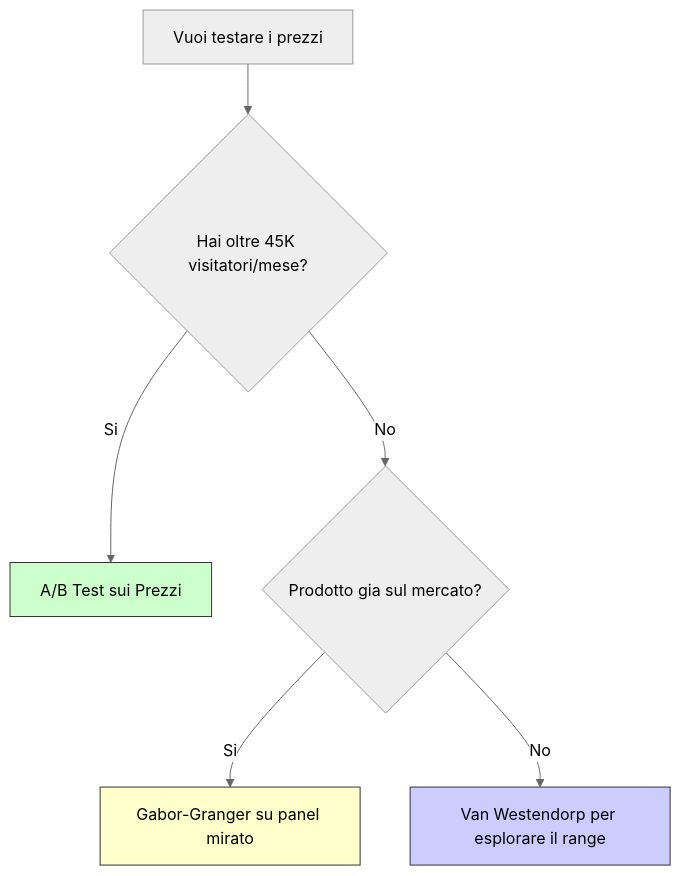
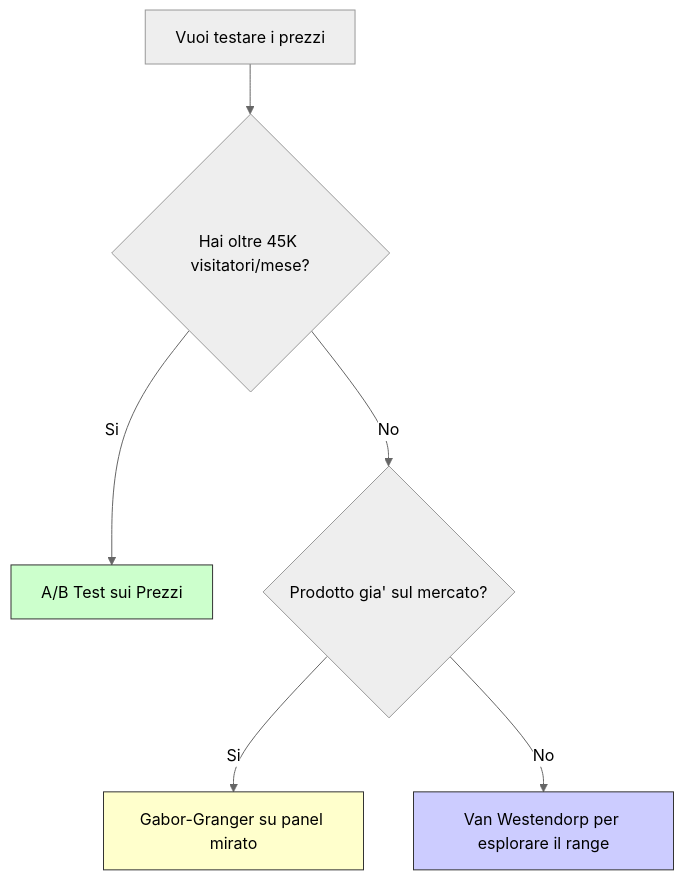
Before and after one commit to AndreyBertasini/gynnitech: the diagram in src/content/blog/pricing-matematico.mdx, drawn with Mermaid (neutral theme). The commit also changed other lines of this file and 27 other files, not shown here.

````diff
--- a/src/content/blog/pricing-matematico.mdx
+++ b/src/content/blog/pricing-matematico.mdx
@@ -229,12 +242,12 @@
 ```mermaid
 graph TD
     A["Vuoi testare i prezzi"] --> B{"Hai oltre 45K visitatori/mese?"}
     B -- Si --> C["A/B Test sui Prezzi"]
-    B -- No --> D{"Prodotto gia sul mercato?"}
+    B -- No --> D{"Prodotto gia' sul mercato?"}
     D -- Si --> E["Gabor-Granger su panel mirato"]
     D -- No --> F["Van Westendorp per esplorare il range"]
 
     style C fill:#ccffcc,stroke:#333
     style E fill:#ffffcc,stroke:#333
     style F fill:#ccccff,stroke:#333
 ```
````
